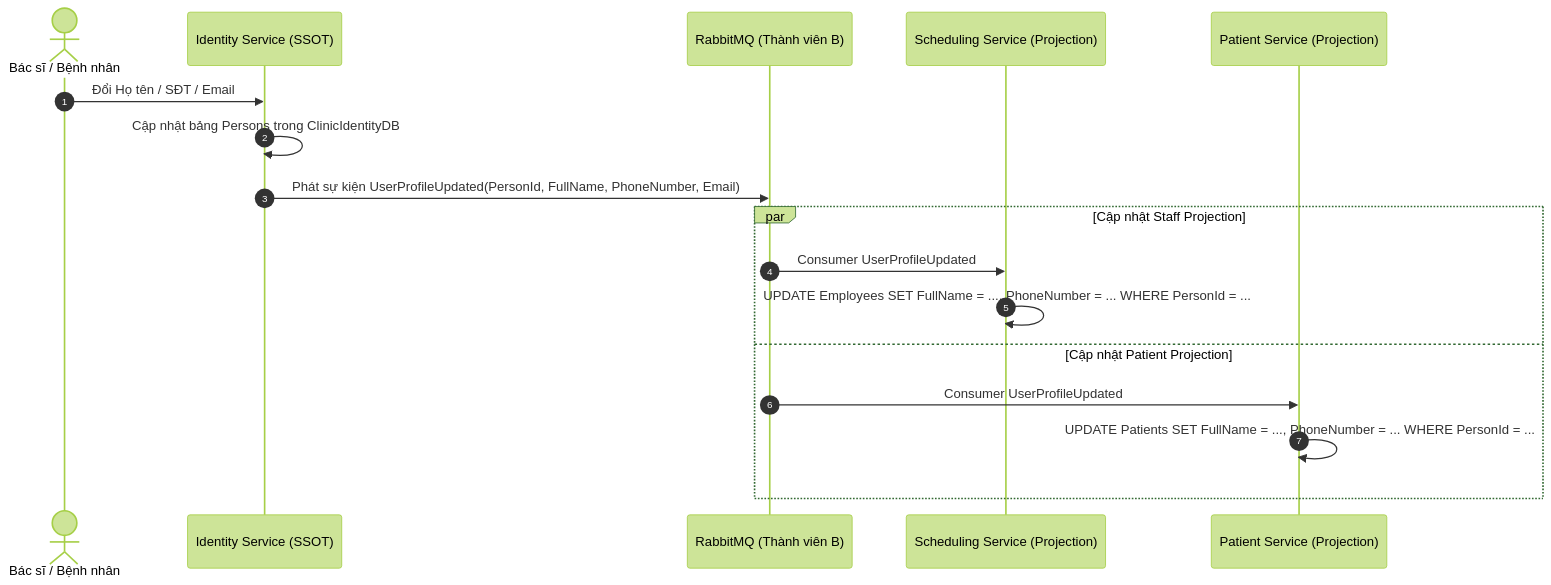
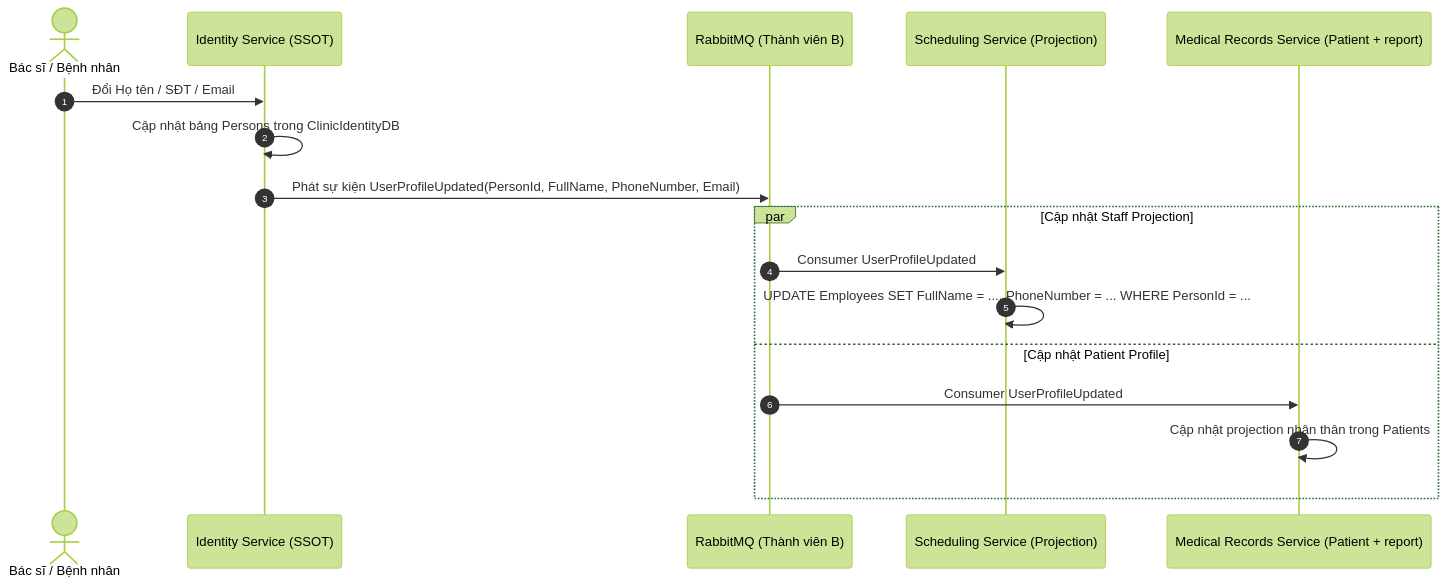
The sixth of 6 diagrams in tasks/PHASE_2_STAFF_SCHEDULING_EXECUTION_PLAN_MEMBER_A.md (Cuong190105/Clinic_Appointment_Booking_Queue_Management_System), drawn with Mermaid (forest theme) before and after one commit. The commit also changed other lines of this file and 8 other files, not shown here.

````diff
--- a/tasks/PHASE_2_STAFF_SCHEDULING_EXECUTION_PLAN_MEMBER_A.md
+++ b/tasks/PHASE_2_STAFF_SCHEDULING_EXECUTION_PLAN_MEMBER_A.md
@@ -328,21 +328,21 @@
 ```mermaid
 sequenceDiagram
     autonumber
     actor User as Bác sĩ / Bệnh nhân
     participant Identity as Identity Service (SSOT)
     participant Broker as RabbitMQ (Thành viên B)
     participant Scheduling as Scheduling Service (Projection)
-    participant Patient as Patient Service (Projection)
+    participant Medical as Medical Records Service (Patient + report)
 
     User->>Identity: Đổi Họ tên / SĐT / Email
     Identity->>Identity: Cập nhật bảng Persons trong ClinicIdentityDB
     Identity->>Broker: Phát sự kiện UserProfileUpdated(PersonId, FullName, PhoneNumber, Email)
 
     par Cập nhật Staff Projection
         Broker->>Scheduling: Consumer UserProfileUpdated
         Scheduling->>Scheduling: UPDATE Employees SET FullName = ..., PhoneNumber = ... WHERE PersonId = ...
-    and Cập nhật Patient Projection
-        Broker->>Patient: Consumer UserProfileUpdated
-        Patient->>Patient: UPDATE Patients SET FullName = ..., PhoneNumber = ... WHERE PersonId = ...
+    and Cập nhật Patient Profile
+        Broker->>Medical: Consumer UserProfileUpdated
+        Medical->>Medical: Cập nhật projection nhân thân trong Patients
     end
 ```
````
